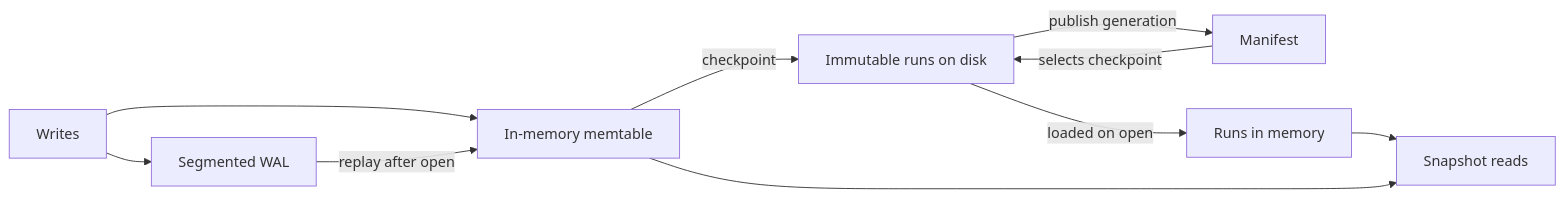
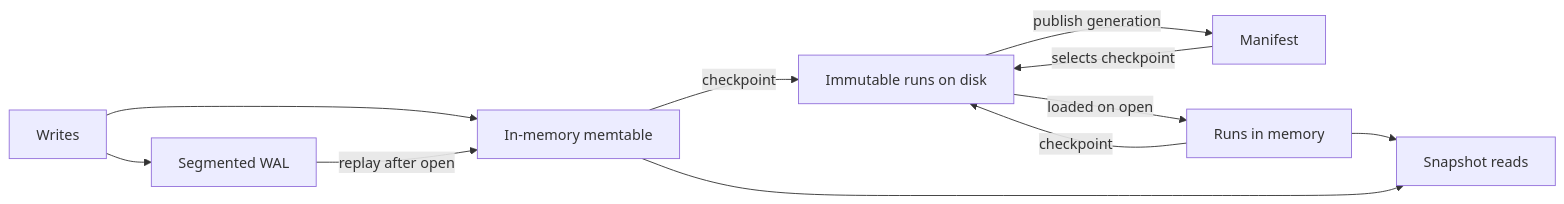
Before and after one commit to alvoki/alvoki-lean: the diagram in README.md, drawn with Mermaid.

Commit message:
Show existing runs in checkpoint overview

````diff
--- a/README.md
+++ b/README.md
@@ -9,12 +9,13 @@
 ```mermaid
 flowchart LR
     W[Writes] --> WAL[Segmented WAL]
     W --> M[In-memory memtable]
     M -->|checkpoint| R[Immutable runs on disk]
     R -->|publish generation| P[Manifest]
     P -->|selects checkpoint| R
     R -->|loaded on open| RAM[Runs in memory]
+    RAM -->|checkpoint| R
     WAL -->|replay after open| M
     RAM --> Q[Snapshot reads]
     M --> Q
 ```
````
